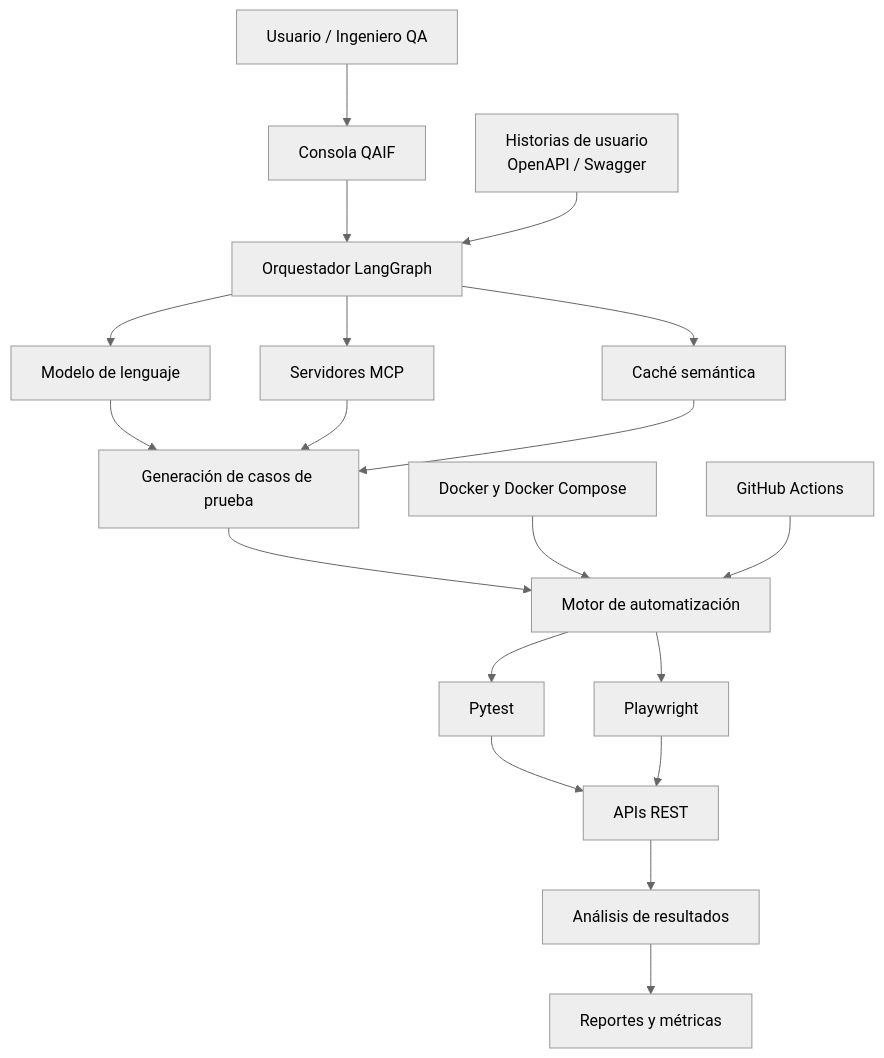
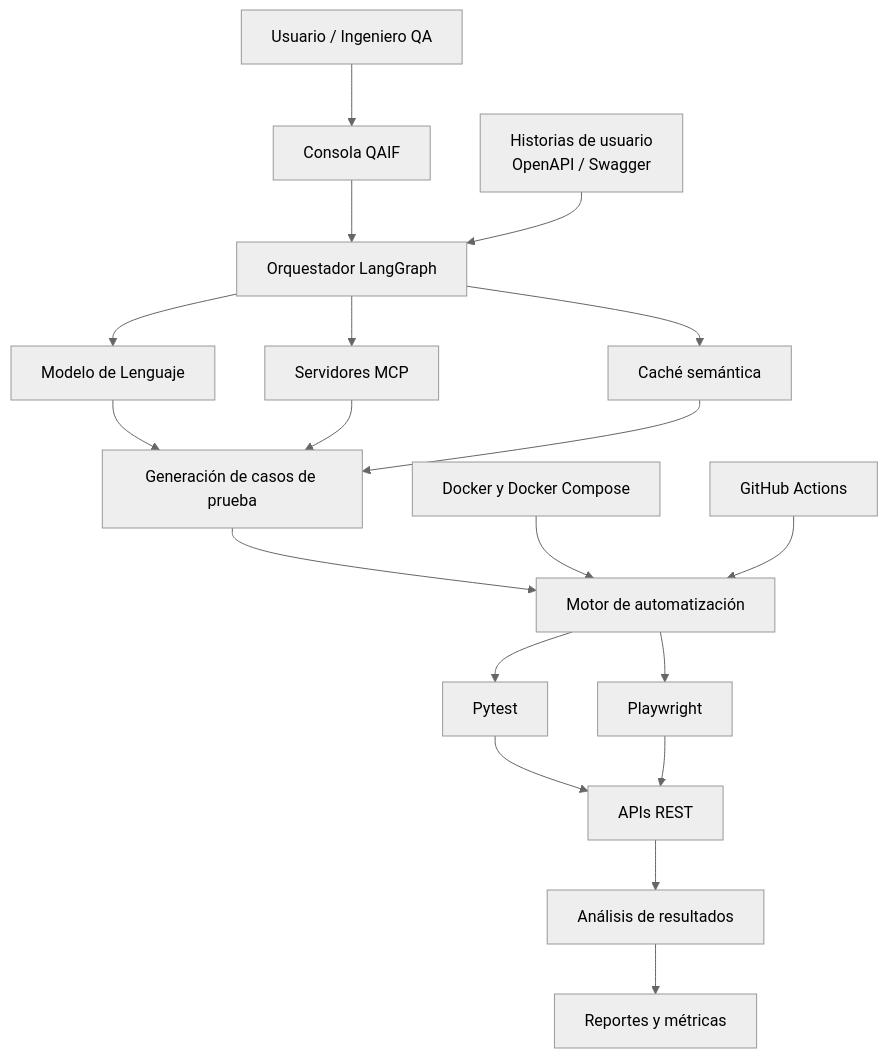
The diagram in README.md (miguelvillabon07/QAIF), drawn with Mermaid (neutral theme) before and after one commit. The commit also changed other lines of this file, not shown here.

````diff
--- a/README.md
+++ b/README.md
@@ -50,28 +38,30 @@
 ```mermaid
 flowchart TD
     A["Usuario / Ingeniero QA"] --> B["Consola QAIF"]
     B --> C["Orquestador LangGraph"]
 
     D["Historias de usuario<br/>OpenAPI / Swagger"] --> C
 
-    C --> E["Modelo de lenguaje"]
+    C --> E["Modelo de Lenguaje"]
     C --> F["Servidores MCP"]
     C --> G["Caché semántica"]
 
     E --> H["Generación de casos de prueba"]
     F --> H
     G --> H
 
     H --> I["Motor de automatización"]
+
     I --> J["Pytest"]
     I --> K["Playwright"]
 
     J --> L["APIs REST"]
     K --> L
 
     L --> M["Análisis de resultados"]
+
     M --> N["Reportes y métricas"]
 
     O["Docker y Docker Compose"] --> I
     P["GitHub Actions"] --> I
 ```
````
